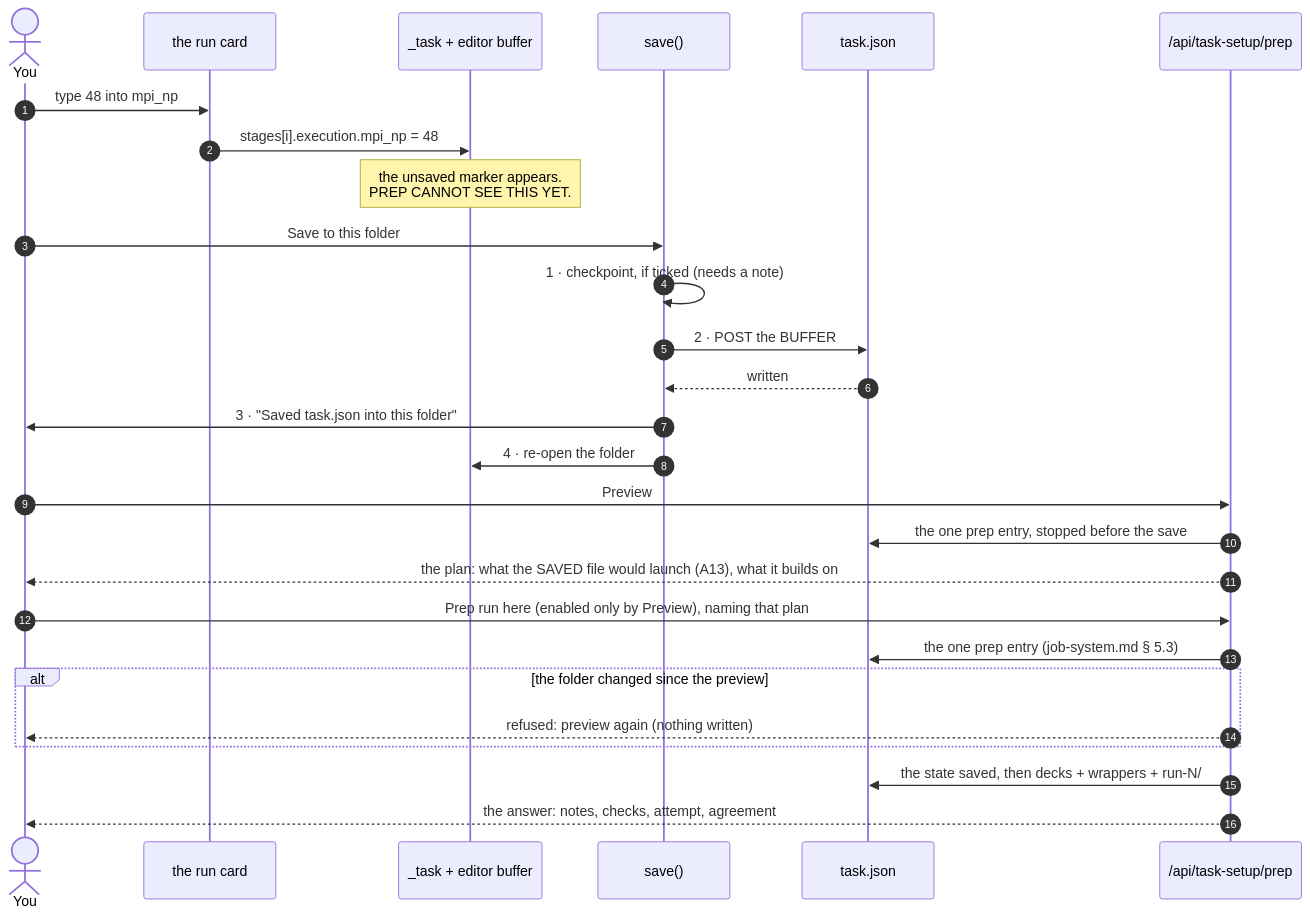
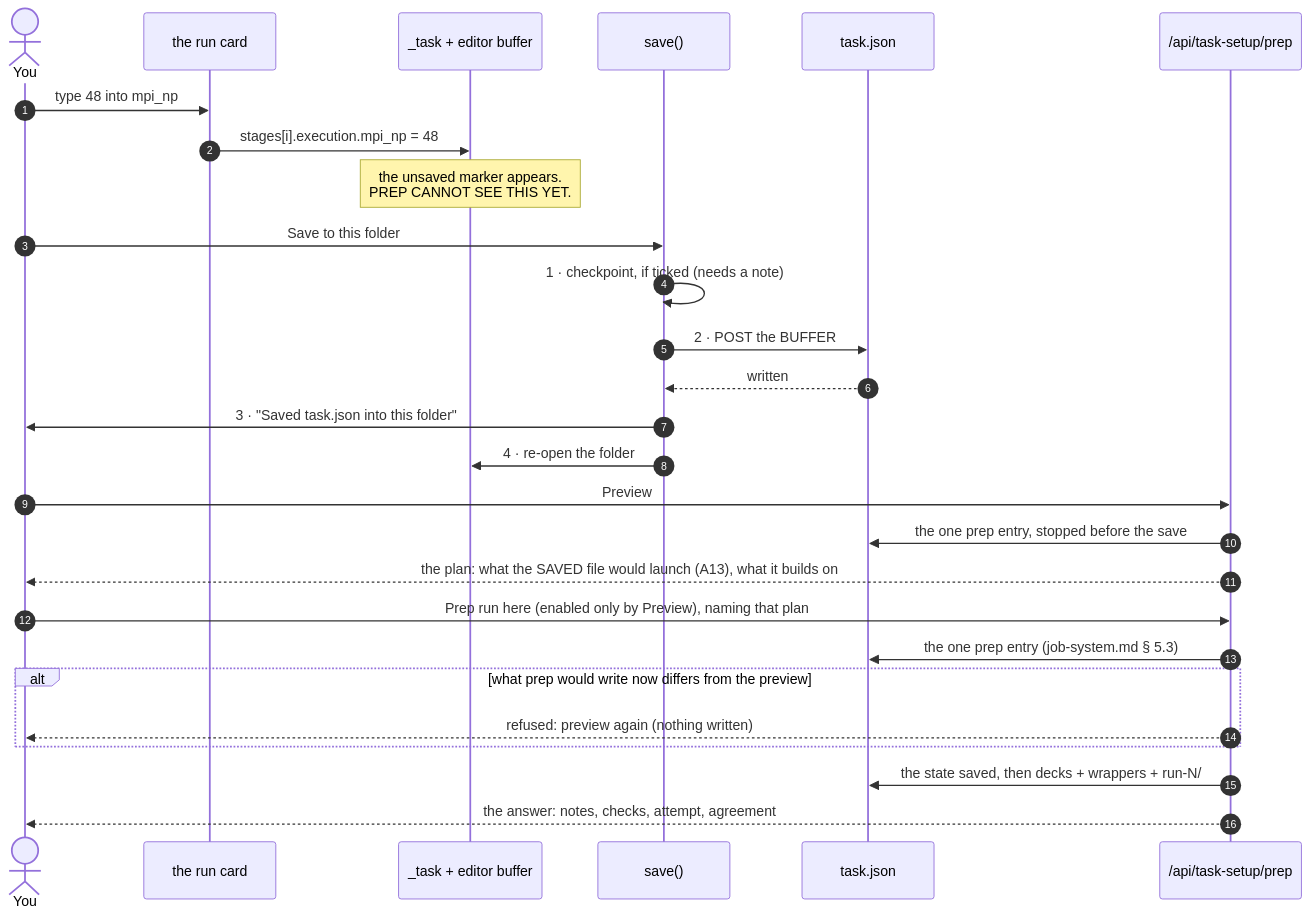
Before and after one commit to Qing-LAB/molbuilder: the diagram in docs/web/task-setup.md, drawn with Mermaid. The commit also changed other lines of this file and 44 other files, not shown here.

````diff
--- a/docs/web/task-setup.md
+++ b/docs/web/task-setup.md
@@ -737,32 +739,32 @@
 ```mermaid
 sequenceDiagram
     autonumber
     actor You
     participant Card as the run card
     participant Model as _task + editor buffer
     participant Save as save()
     participant Disk as task.json
     participant Prep as /api/task-setup/prep
 
     You->>Card: type 48 into mpi_np
     Card->>Model: stages[i].execution.mpi_np = 48
     Note over Model: the unsaved marker appears.<br/>PREP CANNOT SEE THIS YET.
 
     You->>Save: Save to this folder
     Save->>Save: 1 · checkpoint, if ticked (needs a note)
     Save->>Disk: 2 · POST the BUFFER
     Disk-->>Save: written
     Save->>You: 3 · "Saved task.json into this folder"
     Save->>Model: 4 · re-open the folder
 
     You->>Prep: Preview
     Prep->>Disk: the one prep entry, stopped before the save
     Prep-->>You: the plan: what the SAVED file would launch (A13), what it builds on
     You->>Prep: Prep run here (enabled only by Preview), naming that plan
     Prep->>Disk: the one prep entry (job-system.md § 5.3)
-    alt the folder changed since the preview
+    alt what prep would write now differs from the preview
       Prep-->>You: refused: preview again (nothing written)
     end
     Prep->>Disk: the state saved, then decks + wrappers + run-N/
     Prep-->>You: the answer: notes, checks, attempt, agreement
 ```
````
